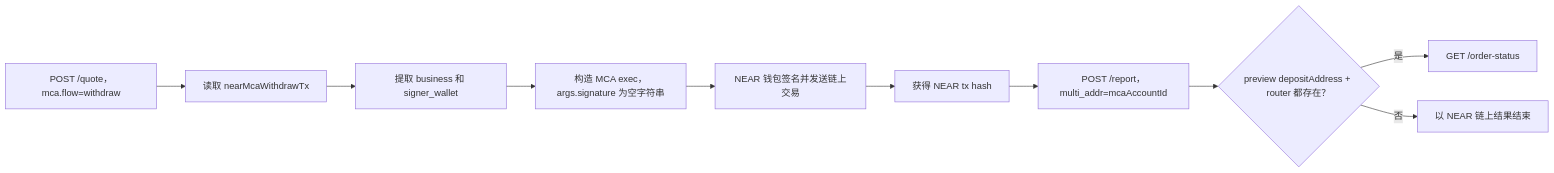
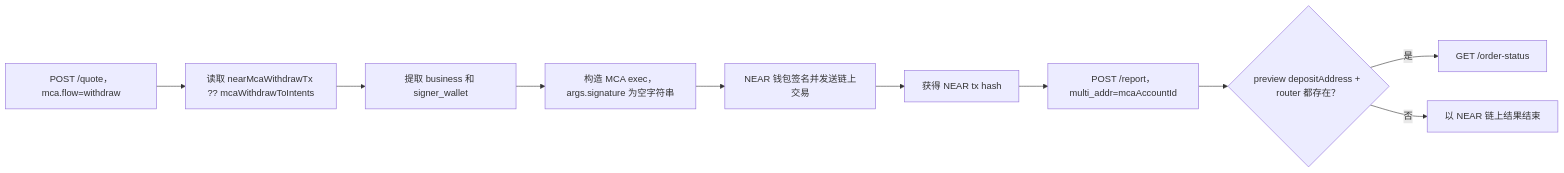
One commit to rhea-finance/rhea-sdk-docs changed the fourth of 6 diagrams in MCA_SWAP_HTTP_API.md. Above: the diagram before and after it, drawn with Mermaid. The commit also changed other lines of this file, not shown here.

````diff
--- a/MCA_SWAP_HTTP_API.md
+++ b/MCA_SWAP_HTTP_API.md
@@ -554,12 +666,12 @@
 ```mermaid
 flowchart LR
-  Q["POST /quote，mca.flow=withdraw"] --> V["读取 nearMcaWithdrawTx"]
+  Q["POST /quote，mca.flow=withdraw"] --> V["读取 nearMcaWithdrawTx ?? mcaWithdrawToIntents"]
   V --> B["提取 business 和 signer_wallet"]
   B --> E["构造 MCA exec，args.signature 为空字符串"]
   E --> T["NEAR 钱包签名并发送链上交易"]
   T --> H["获得 NEAR tx hash"]
   H --> R["POST /report，multi_addr=mcaAccountId"]
   R --> P{"preview depositAddress + router 都存在？"}
   P -->|"是"| S["GET /order-status"]
   P -->|"否"| C["以 NEAR 链上结果结束"]
 ```
````
